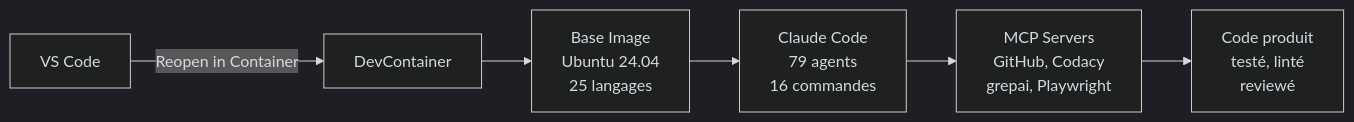
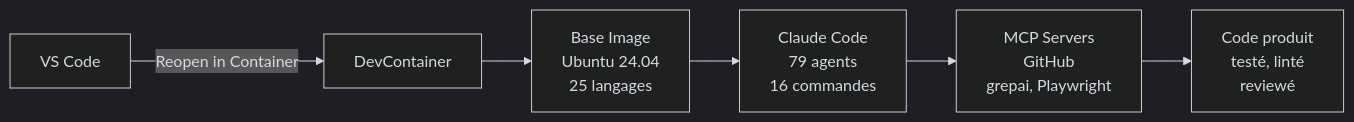
The diagram in docs/index.md (kodflow/view), drawn with Mermaid before and after one commit. The commit also changed other lines of this file and 31 other files, not shown here.

````diff
--- a/docs/index.md
+++ b/docs/index.md
@@ -24,15 +24,15 @@
 ```mermaid
 %%{init: {'theme': 'dark', 'themeVariables': {
   'primaryColor': '#9D76FB1a',
   'primaryBorderColor': '#9D76FB',
   'primaryTextColor': '#d4d8e0',
   'lineColor': '#d4d8e0',
   'textColor': '#d4d8e0'
 }}}%%
 flowchart LR
     A[VS Code] -->|"Reopen in Container"| B[DevContainer]
     B --> C[Base Image<br/>Ubuntu 24.04<br/>25 langages]
     C --> D[Claude Code<br/>79 agents<br/>16 commandes]
-    D --> E[MCP Servers<br/>GitHub, Codacy<br/>grepai, Playwright]
+    D --> E[MCP Servers<br/>GitHub<br/>grepai, Playwright]
     E --> F[Code produit<br/>testé, linté<br/>reviewé]
 ```
````
